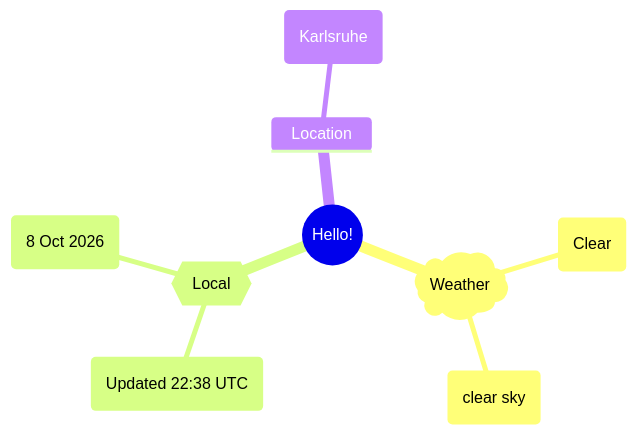
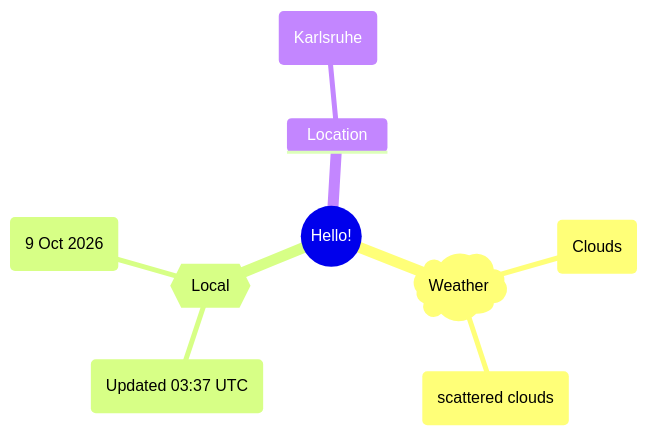
Before and after one commit to Xosrov/Xosrov: the first of 2 diagrams in README.md, drawn with Mermaid.

Commit message:
[bot] updated images

````diff
--- a/README.md
+++ b/README.md
@@ -3,12 +3,12 @@
 ```mermaid
 mindmap
   root((Hello!))
     )Weather(
-        (Clear)
-        (clear sky)
+        (Clouds)
+        (scattered clouds)
     {{Local}}
-        (Updated 22:38 UTC)
-        (8 Oct 2026)
+        (Updated 03:37 UTC)
+        (9 Oct 2026)
     Location
         (Karlsruhe)
 ```
````
